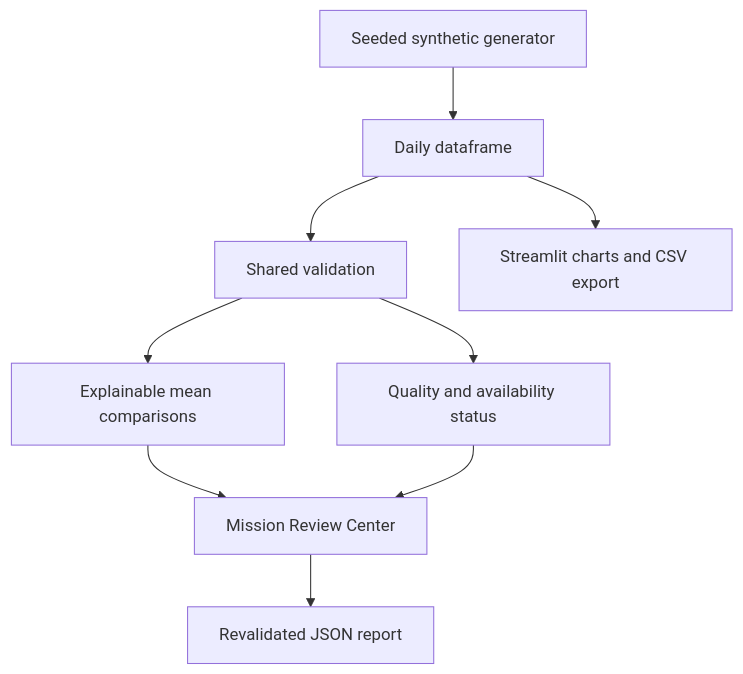
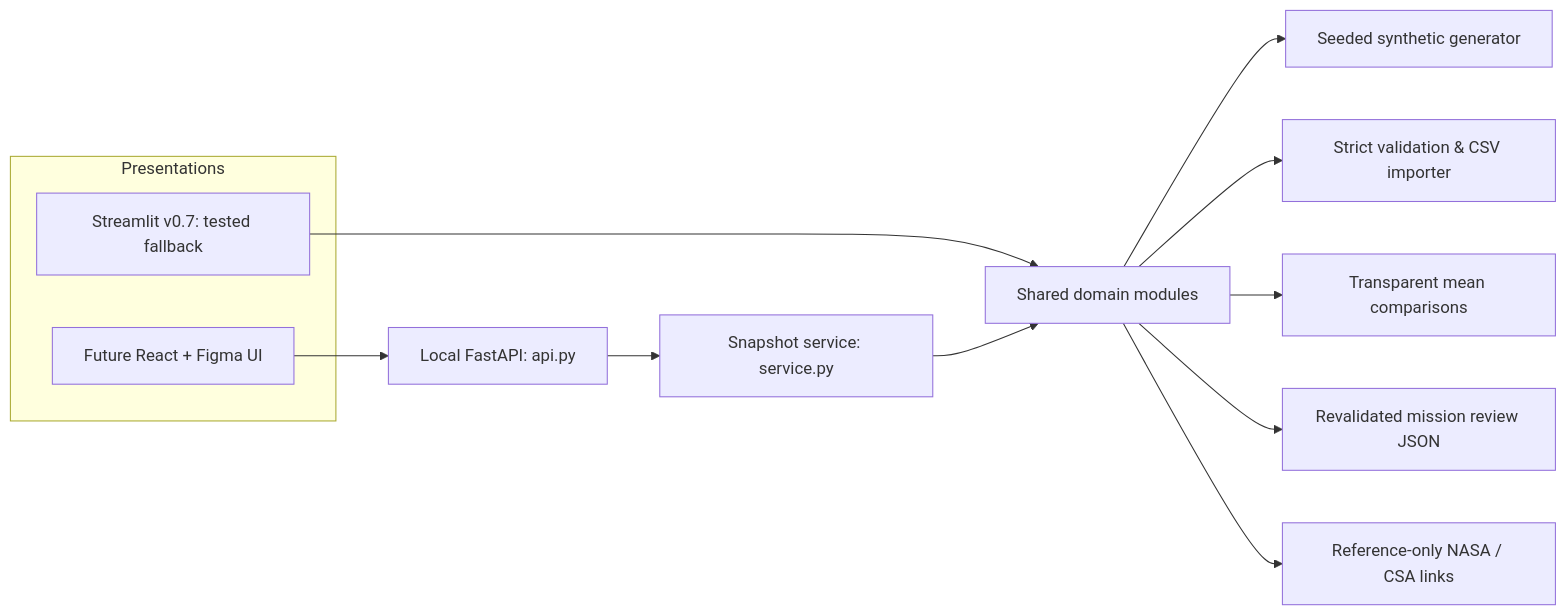
The diagram in docs/ARCHITECTURE.md (josuepa936-hue/ARES-Health-AI), drawn with Mermaid before and after one commit. The commit also changed other lines of this file and 12 other files, not shown here.

First line of the commit message:
ARES v0.9: add local mission API and shared statistics service

````diff
--- a/docs/ARCHITECTURE.md
+++ b/docs/ARCHITECTURE.md
@@ -5,11 +9,16 @@
 ```mermaid
-flowchart TD
-    A[Seeded synthetic generator] --> B[Daily dataframe]
-    B --> C[Shared validation]
-    C --> D[Explainable mean comparisons]
-    B --> E[Streamlit charts and CSV export]
-    C --> F[Quality and availability status]
-    D --> G[Mission Review Center]
-    F --> G
-    G --> H[Revalidated JSON report]
+flowchart LR
+  subgraph Presentations
+    A[Streamlit v0.7: tested fallback]
+    B[Future React + Figma UI]
+  end
+  A --> E[Shared domain modules]
+  B --> C[Local FastAPI: api.py]
+  C --> D[Snapshot service: service.py]
+  D --> E
+  E --> S[Seeded synthetic generator]
+  E --> V[Strict validation & CSV importer]
+  E --> T[Transparent mean comparisons]
+  E --> R[Revalidated mission review JSON]
+  E --> P[Reference-only NASA / CSA links]
 ```
````
